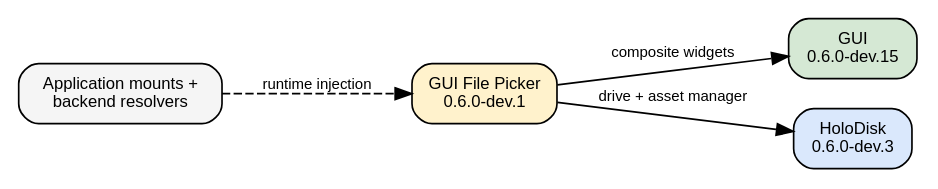
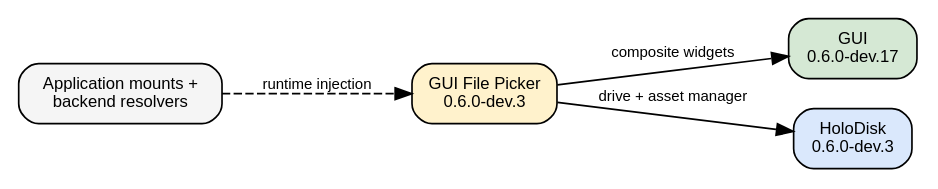
The diagram in docs/developer/squared-gui-file-picker/file-picker-dependencies.dot (squared-netizen/squared), drawn with Graphviz before and after one commit. The commit also changed 31 other files, not shown here.

```diff
--- a/docs/developer/squared-gui-file-picker/file-picker-dependencies.dot
+++ b/docs/developer/squared-gui-file-picker/file-picker-dependencies.dot
@@ -1,14 +1,14 @@
 digraph file_picker_dependencies {
   rankdir="LR";
   node [shape=box, style="rounded,filled", fontname="Helvetica", fontsize=10];
   edge [fontname="Helvetica", fontsize=9];
 
-  picker [label="GUI File Picker\n0.6.0-dev.1", fillcolor="#fff2cc"];
-  gui [label="GUI\n0.6.0-dev.15", fillcolor="#d5e8d4"];
+  picker [label="GUI File Picker\n0.6.0-dev.3", fillcolor="#fff2cc"];
+  gui [label="GUI\n0.6.0-dev.17", fillcolor="#d5e8d4"];
   holodisk [label="HoloDisk\n0.6.0-dev.3", fillcolor="#dae8fc"];
   assets [label="Application mounts +\nbackend resolvers", fillcolor="#f5f5f5"];
 
   picker -> gui [label="composite widgets"];
   picker -> holodisk [label="drive + asset manager"];
   assets -> picker [style=dashed, label="runtime injection"];
 }
```
